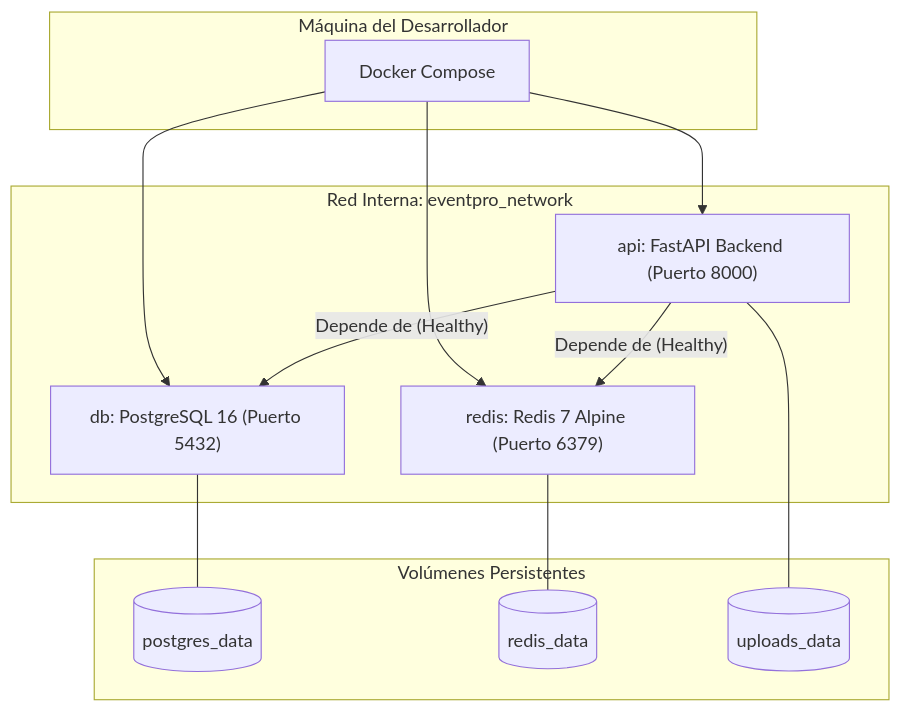
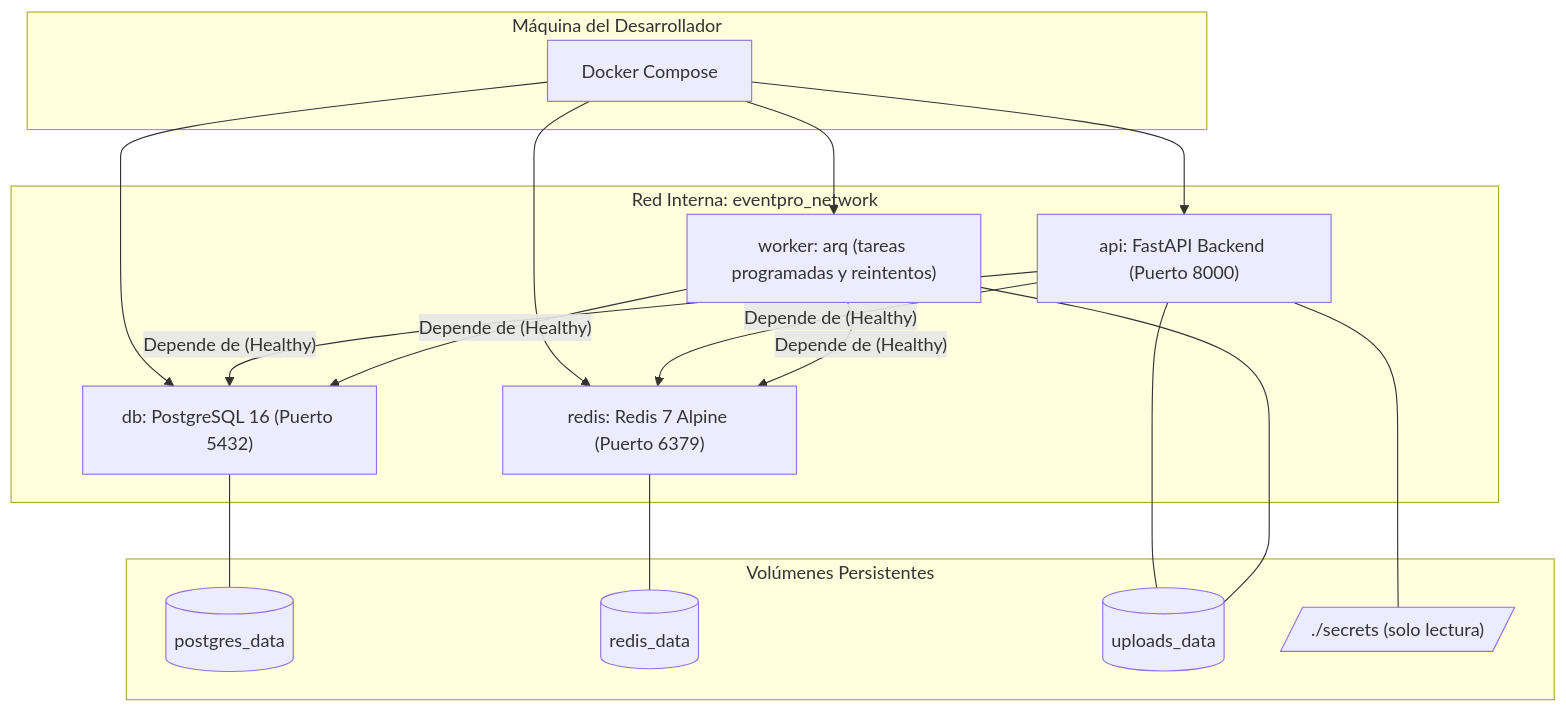
One commit to MathiasTL/EventPro-backend changed the diagram in Docs/05-operaciones/02-docker-e-infraestructura-local.md. Above: the diagram before and after it, drawn with Mermaid. The commit also changed other lines of this file and 17 other files, not shown here.

Commit message:
build: align Docker, Compose and dependencies with documented architecture

````diff
--- a/Docs/05-operaciones/02-docker-e-infraestructura-local.md
+++ b/Docs/05-operaciones/02-docker-e-infraestructura-local.md
@@ -9,26 +9,32 @@
 ```mermaid
 flowchart TD
     subgraph Host["Máquina del Desarrollador"]
         Compose["Docker Compose"]
     end
 
     subgraph RedDocker["Red Interna: eventpro_network"]
         AppCont["api: FastAPI Backend (Puerto 8000)"]
         DbCont["db: PostgreSQL 16 (Puerto 5432)"]
+        WorkerCont["worker: arq (tareas programadas y reintentos)"]
         RedisCont["redis: Redis 7 Alpine (Puerto 6379)"]
     end
 
     subgraph Volumenes["Volúmenes Persistentes"]
         VolPg[("postgres_data")]
         VolRedis[("redis_data")]
         VolUploads[("uploads_data")]
+        BindSecrets[/"./secrets (solo lectura)"/]
     end
 
-    Compose --> AppCont & DbCont & RedisCont
+    Compose --> AppCont & WorkerCont & DbCont & RedisCont
     AppCont -->|"Depende de (Healthy)"| DbCont
     AppCont -->|"Depende de (Healthy)"| RedisCont
+    WorkerCont -->|"Depende de (Healthy)"| DbCont
+    WorkerCont -->|"Depende de (Healthy)"| RedisCont
     
     DbCont --- VolPg
     RedisCont --- VolRedis
     AppCont --- VolUploads
+    WorkerCont --- VolUploads
+    AppCont --- BindSecrets
 ```
````
